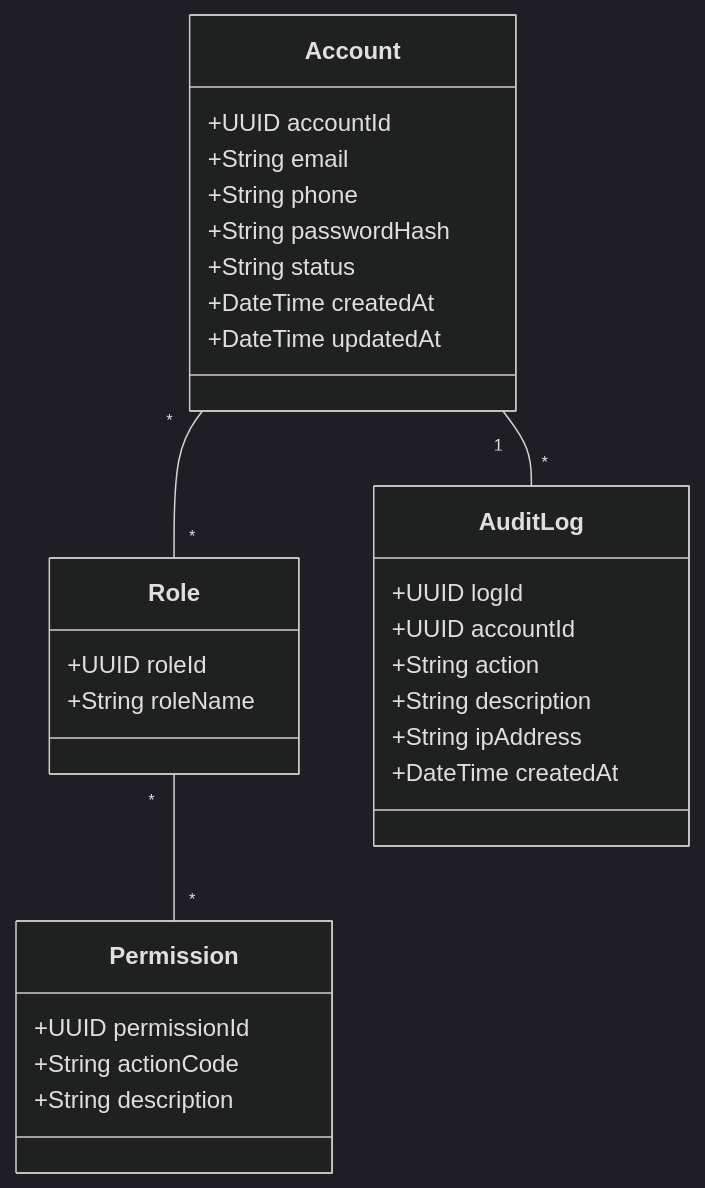
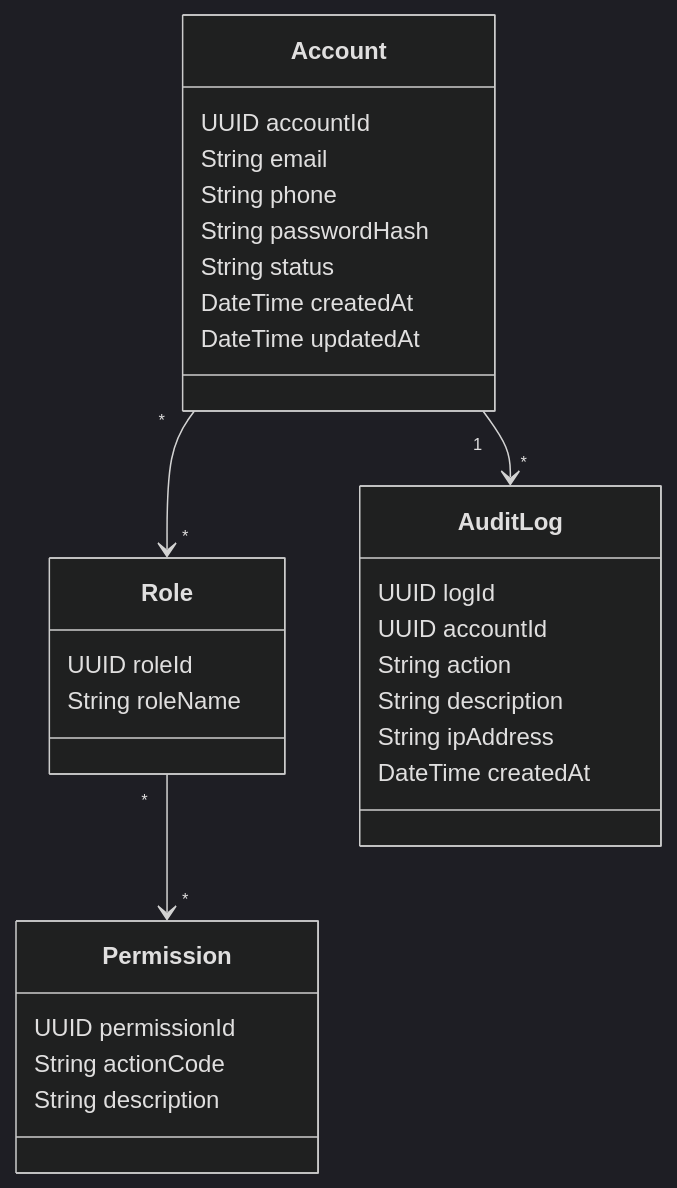
The second of 29 diagrams in Microservice_Design.md (Phamha0601/23680571_PhamThiThuHa_CabSystem), drawn with Mermaid (dark theme) before and after one commit. The commit also changed other lines of this file, not shown here.

````diff
--- a/Microservice_Design.md
+++ b/Microservice_Design.md
@@ -86,37 +88,36 @@
 ```mermaid
 classDiagram
-
     class Account {
-        +UUID accountId
-        +String email
-        +String phone
-        +String passwordHash
-        +String status
-        +DateTime createdAt
-        +DateTime updatedAt
+        UUID accountId
+        String email
+        String phone
+        String passwordHash
+        String status
+        DateTime createdAt
+        DateTime updatedAt
     }
 
     class Role {
-        +UUID roleId
-        +String roleName
+        UUID roleId
+        String roleName
     }
 
     class Permission {
-        +UUID permissionId
-        +String actionCode
-        +String description
+        UUID permissionId
+        String actionCode
+        String description
     }
 
     class AuditLog {
-        +UUID logId
-        +UUID accountId
-        +String action
-        +String description
-        +String ipAddress
-        +DateTime createdAt
+        UUID logId
+        UUID accountId
+        String action
+        String description
+        String ipAddress
+        DateTime createdAt
     }
 
-    Account "*" -- "*" Role
-    Role "*" -- "*" Permission
-    Account "1" -- "*" AuditLog
+    Account "1" --> "*" AuditLog
+    Account "*" --> "*" Role
+    Role "*" --> "*" Permission
 ```
````
